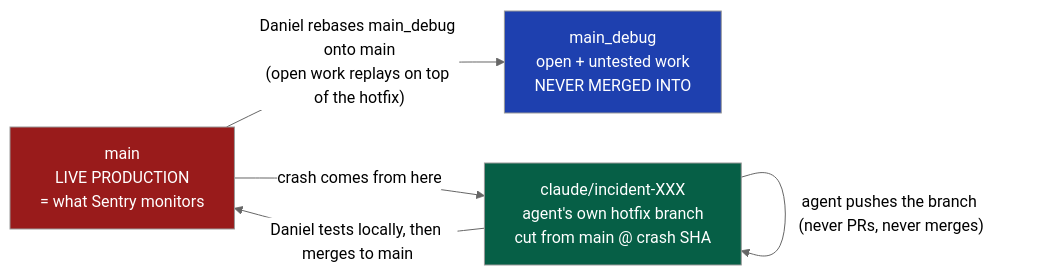
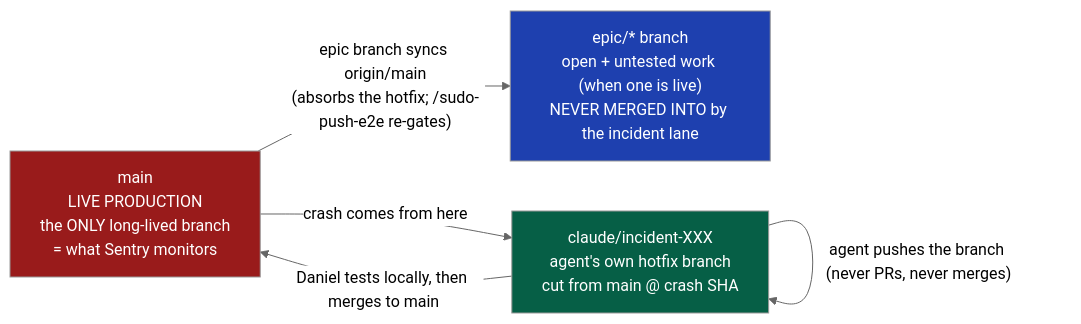
The third of 4 diagrams in _my_resources/diagrams_guides/security/sentry_error_response_team.md (sudomadhatter/Sudo_Hatter_Command), drawn with Mermaid (neutral theme) before and after one commit. The commit also changed other lines of this file and 101 other files, not shown here.

First line of the commit message:
feat(git)!: retire main_debug — epic-branch → main is the dev standard

````diff
--- a/_my_resources/diagrams_guides/security/sentry_error_response_team.md
+++ b/_my_resources/diagrams_guides/security/sentry_error_response_team.md
@@ -117,15 +118,15 @@
 ```mermaid
 flowchart LR
-    MAIN["main<br/>LIVE PRODUCTION<br/>= what Sentry monitors"]
-    DEBUG["main_debug<br/>open + untested work<br/>NEVER MERGED INTO"]
+    MAIN["main<br/>LIVE PRODUCTION<br/>the ONLY long-lived branch<br/>= what Sentry monitors"]
+    EPIC["epic/* branch<br/>open + untested work (when one is live)<br/>NEVER MERGED INTO by the incident lane"]
     INC["claude/incident-XXX<br/>agent's own hotfix branch<br/>cut from main @ crash SHA"]
 
     MAIN -- "crash comes from here" --> INC
     INC -- "agent pushes the branch (never PRs, never merges)" --> INC
     INC -- "Daniel tests locally, then merges to main" --> MAIN
-    MAIN -- "Daniel rebases main_debug onto main<br/>(open work replays on top of the hotfix)" --> DEBUG
+    MAIN -- "epic branch syncs origin/main<br/>(absorbs the hotfix; /sudo-push-e2e re-gates)" --> EPIC
 
     style MAIN fill:#991b1b,color:#fff
-    style DEBUG fill:#1e40af,color:#fff
+    style EPIC fill:#1e40af,color:#fff
     style INC fill:#065f46,color:#fff
 ```
````
